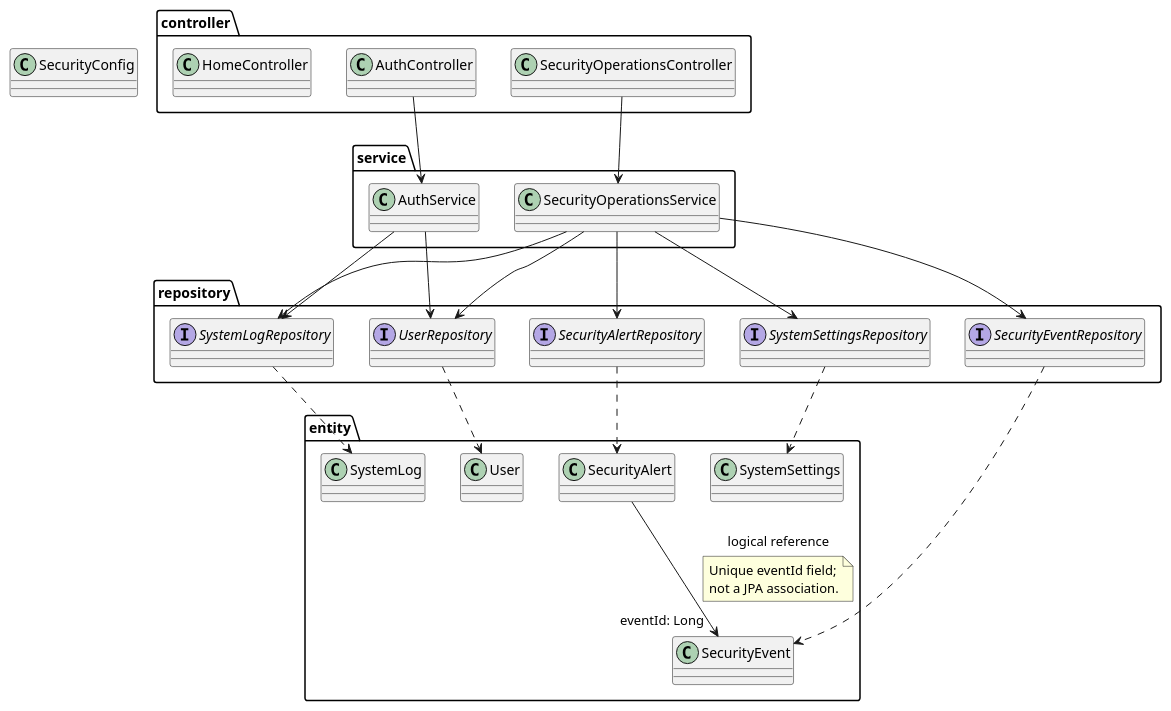
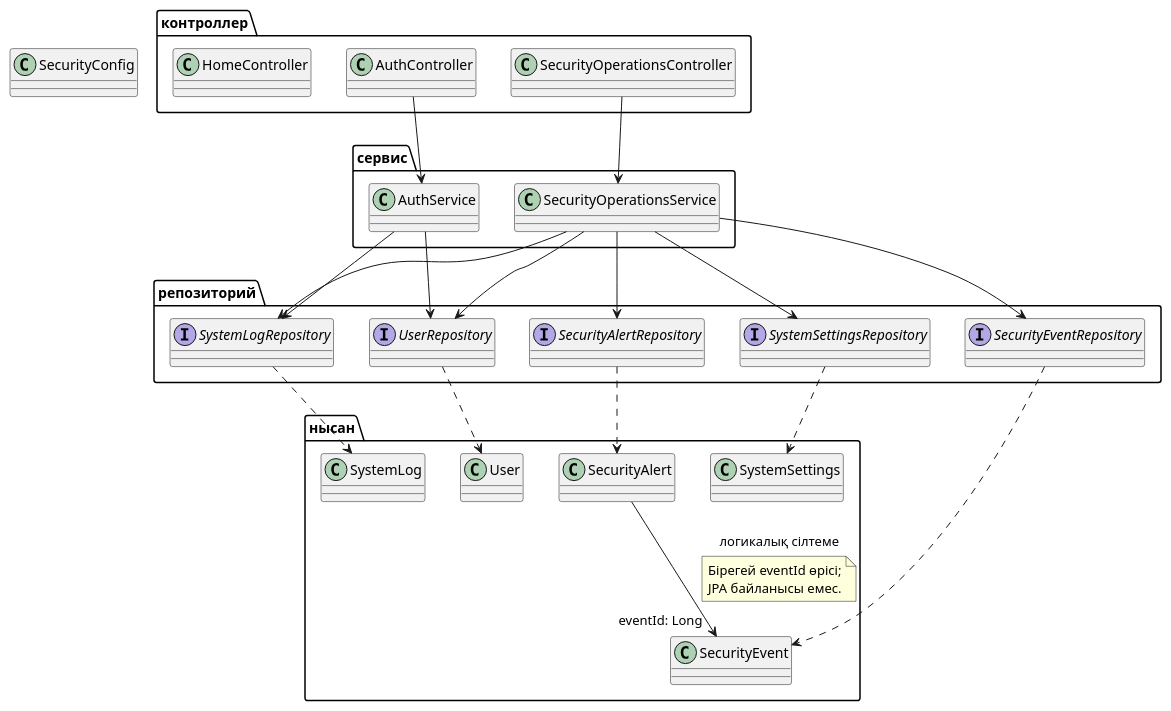
One commit to FURIA-Team/-SIEM changed the diagram in docs/UML/class-model.puml. Above: the diagram before and after it, drawn with PlantUML.

Commit message:
docs: translate UML diagram labels into Kazakh

```diff
--- a/docs/UML/class-model.puml
+++ b/docs/UML/class-model.puml
@@ -1,46 +1,46 @@
 @startuml
 skinparam classAttributeIconSize 0
-package "controller" {
+package "контроллер" {
  class AuthController
  class SecurityOperationsController
  class HomeController
 }
-package "service" {
+package "сервис" {
  class AuthService
  class SecurityOperationsService
 }
-package "repository" {
+package "репозиторий" {
  interface UserRepository
  interface SecurityEventRepository
  interface SecurityAlertRepository
  interface SystemLogRepository
  interface SystemSettingsRepository
 }
-package "entity" {
+package "нысан" {
  class User
  class SecurityEvent
  class SecurityAlert
  class SystemLog
  class SystemSettings
 }
 class SecurityConfig
 AuthController --> AuthService
 SecurityOperationsController --> SecurityOperationsService
 AuthService --> UserRepository
 AuthService --> SystemLogRepository
 SecurityOperationsService --> UserRepository
 SecurityOperationsService --> SecurityEventRepository
 SecurityOperationsService --> SecurityAlertRepository
 SecurityOperationsService --> SystemLogRepository
 SecurityOperationsService --> SystemSettingsRepository
 UserRepository ..> User
 SecurityEventRepository ..> SecurityEvent
 SecurityAlertRepository ..> SecurityAlert
 SystemLogRepository ..> SystemLog
 SystemSettingsRepository ..> SystemSettings
-SecurityAlert --> "eventId: Long" SecurityEvent : logical reference
+SecurityAlert --> "eventId: Long" SecurityEvent : логикалық сілтеме
 note on link
-  Unique eventId field;
-  not a JPA association.
+  Бірегей eventId өрісі;
+  JPA байланысы емес.
 end note
 @enduml
```
